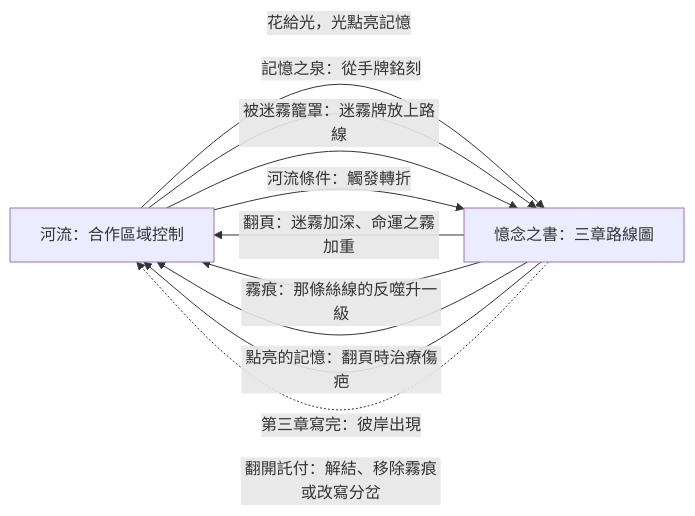
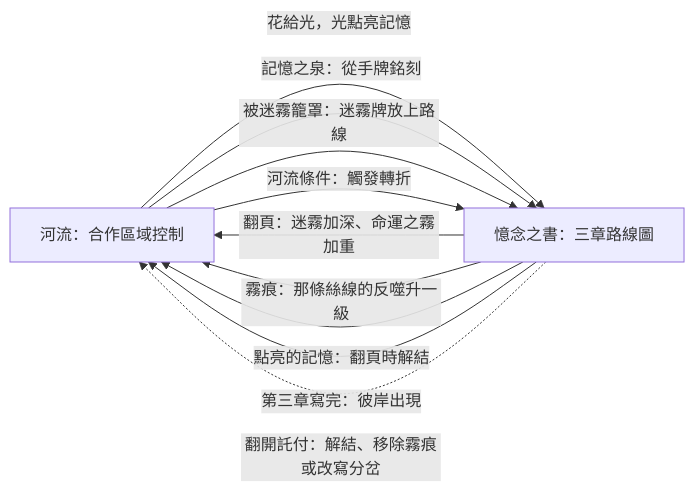
Before and after one commit to Ralph-Liu-Hub/Boardgame-Netherbloom: the first of 2 diagrams in docs/design/V5-proposal.zh-TW.md, drawn with Mermaid. The commit also changed other lines of this file and 2 other files, not shown here.

````diff
--- a/docs/design/V5-proposal.zh-TW.md
+++ b/docs/design/V5-proposal.zh-TW.md
@@ -70,14 +70,14 @@
 ```mermaid
 flowchart LR
   R[河流：合作區域控制]
   B[憶念之書：三章路線圖]
   R -- 花給光，光點亮記憶 --> B
   R -- 記憶之泉：從手牌銘刻 --> B
   R -- 被迷霧籠罩：迷霧牌放上路線 --> B
   R -- 河流條件：觸發轉折 --> B
   B -- 翻頁：迷霧加深、命運之霧加重 --> R
   B -- 霧痕：那條絲線的反噬升一級 --> R
-  B -- 點亮的記憶：翻頁時治療傷疤 --> R
+  B -- 點亮的記憶：翻頁時解結 --> R
   B -- 第三章寫完：彼岸出現 --> R
   B -. 翻開託付：解結、移除霧痕或改寫分岔 .-> R
 ```
````
